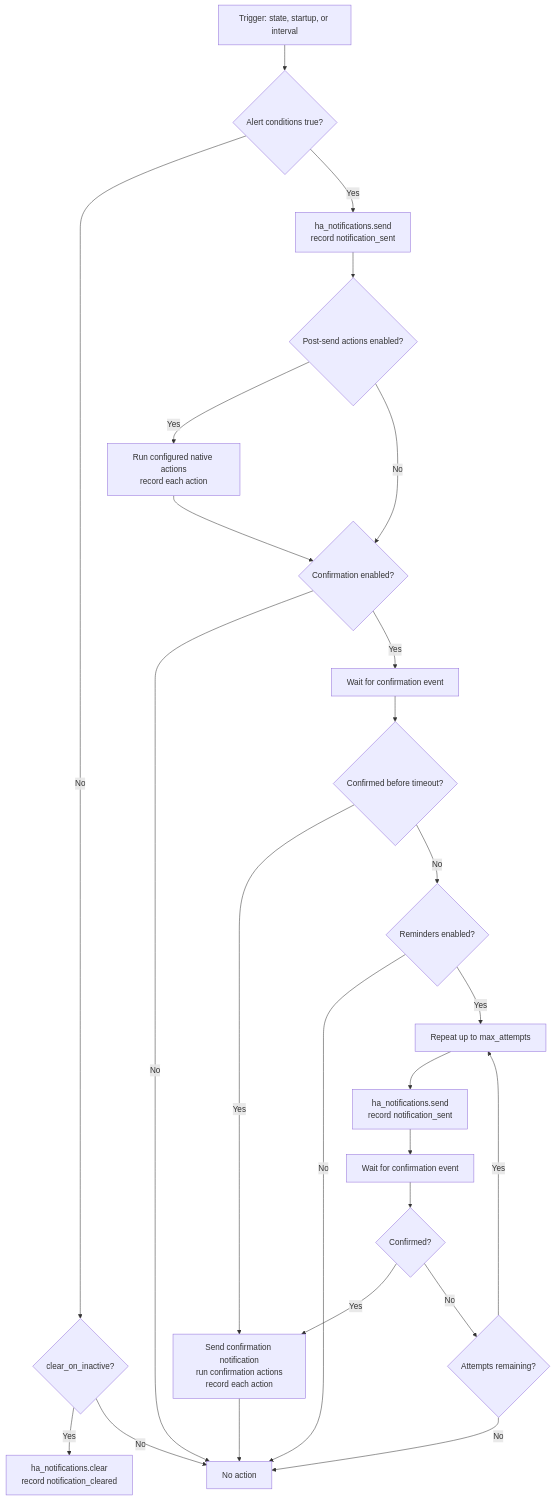
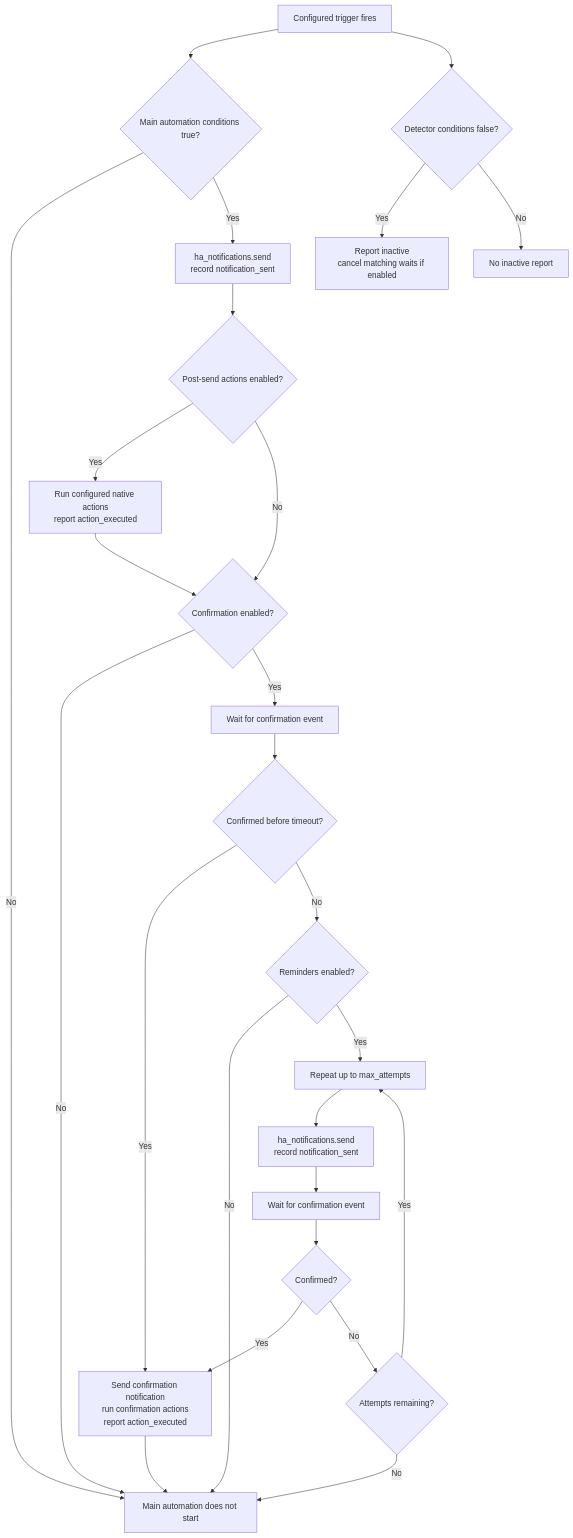
One commit to FredrikM97/ha-notifications changed the diagram in docs/automation-flow.md. Above: the diagram before and after it, drawn with Mermaid. The commit also changed other lines of this file and 88 other files, not shown here.

````diff
--- a/docs/automation-flow.md
+++ b/docs/automation-flow.md
@@ -27,27 +85,28 @@
 ```mermaid
 flowchart TD
-    A[Trigger: state, startup, or interval] --> B{Alert conditions true?}
-    B -- No --> P{clear_on_inactive?}
-    P -- Yes --> Q[ha_notifications.clear<br/>record notification_cleared]
-    P -- No --> Z[No action]
+    A[Configured trigger fires] --> B{Main automation conditions true?}
+    B -- No --> Z[Main automation does not start]
     B -- Yes --> C[ha_notifications.send<br/>record notification_sent]
+    A --> X{Detector conditions false?}
+    X -- Yes --> R[Report inactive<br/>cancel matching waits if enabled]
+    X -- No --> Y[No inactive report]
     C --> D{Post-send actions enabled?}
-    D -- Yes --> E[Run configured native actions<br/>record each action]
+    D -- Yes --> E[Run configured native actions<br/>report action_executed]
     D -- No --> F{Confirmation enabled?}
     E --> F
     F -- No --> Z
     F -- Yes --> G[Wait for confirmation event]
     G --> H{Confirmed before timeout?}
-    H -- Yes --> I[Send confirmation notification<br/>run confirmation actions<br/>record each action]
+    H -- Yes --> I[Send confirmation notification<br/>run confirmation actions<br/>report action_executed]
     I --> Z
     H -- No --> J{Reminders enabled?}
     J -- No --> Z
     J -- Yes --> K[Repeat up to max_attempts]
     K --> L[ha_notifications.send<br/>record notification_sent]
     L --> M[Wait for confirmation event]
     M --> N{Confirmed?}
     N -- Yes --> I
     N -- No --> O{Attempts remaining?}
     O -- Yes --> K
     O -- No --> Z
 ```
````
